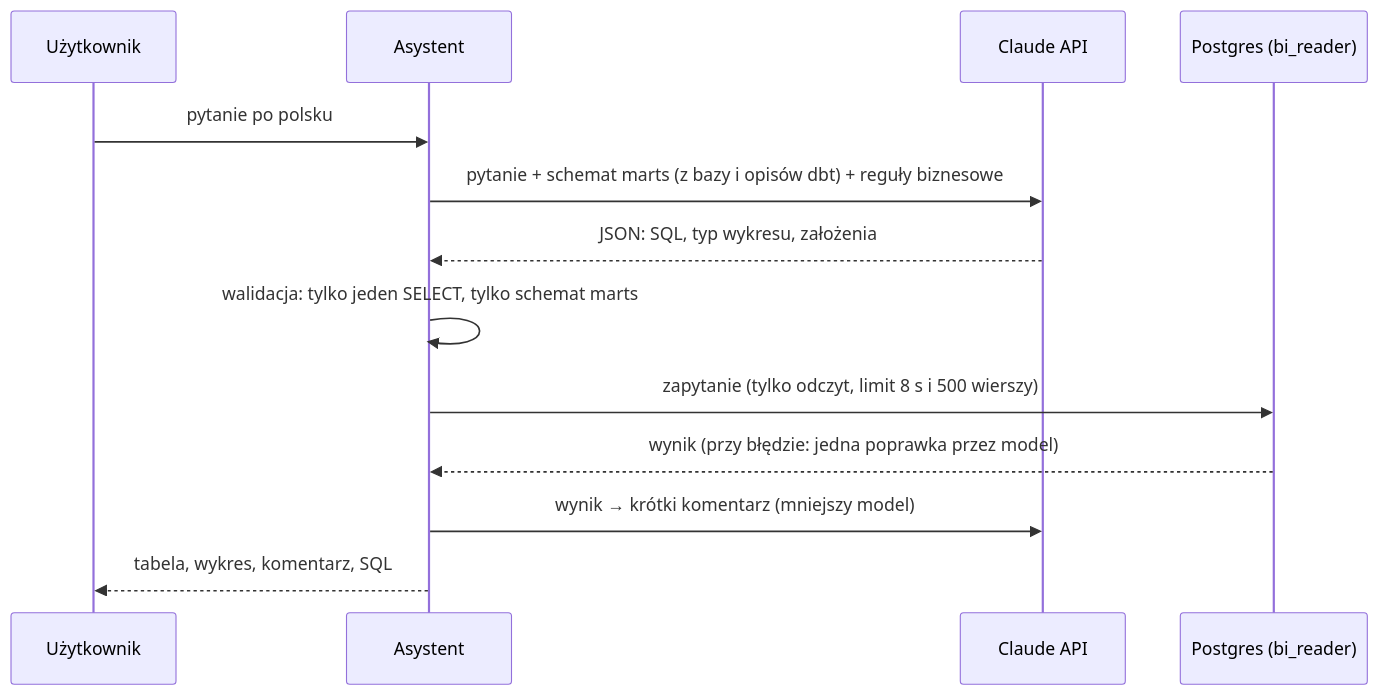
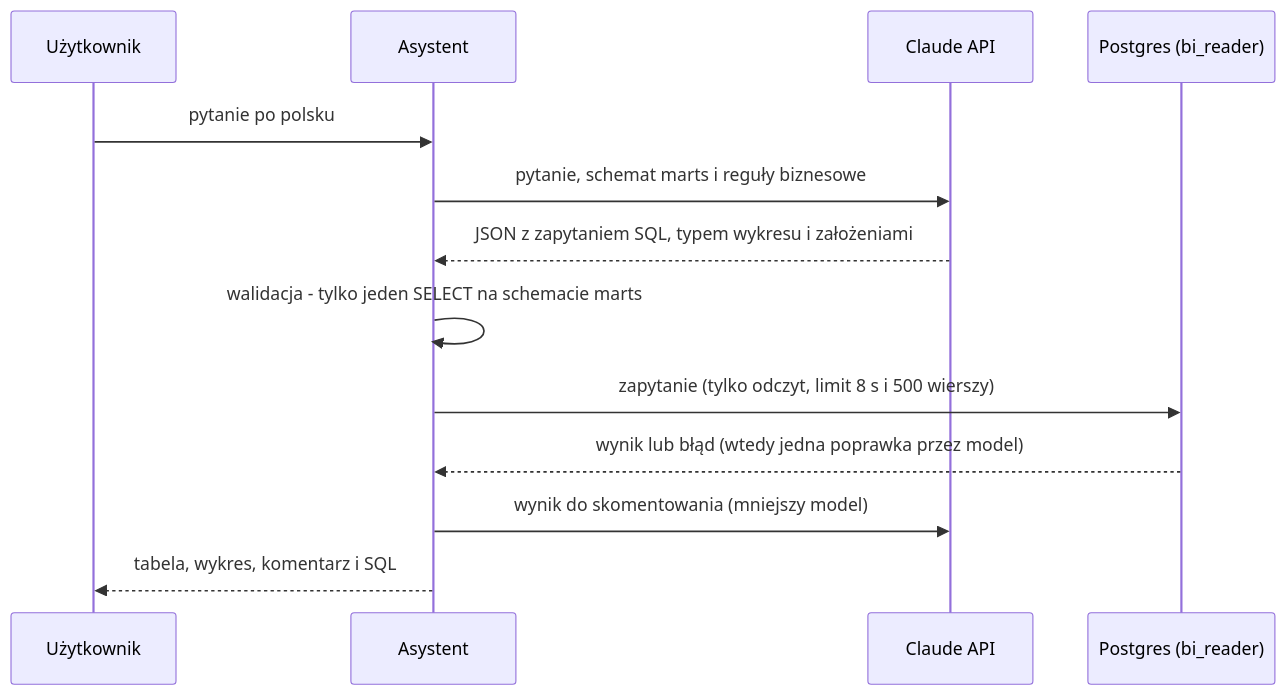
Before and after one commit to Lukas-Mic/ecommerce-analytics: the second of 2 diagrams in README.md, drawn with Mermaid. The commit also changed other lines of this file, not shown here.

First line of the commit message:
README: poprawiona składnia diagramów Mermaid, opis zgodny ze stanem projektu

````diff
--- a/README.md
+++ b/README.md
@@ -121,15 +120,15 @@
 ```mermaid
 sequenceDiagram
     participant U as Użytkownik
     participant A as Asystent
     participant C as Claude API
     participant D as Postgres (bi_reader)
     U->>A: pytanie po polsku
-    A->>C: pytanie + schemat marts (z bazy i opisów dbt) + reguły biznesowe
-    C-->>A: JSON: SQL, typ wykresu, założenia
-    A->>A: walidacja: tylko jeden SELECT, tylko schemat marts
+    A->>C: pytanie, schemat marts i reguły biznesowe
+    C-->>A: JSON z zapytaniem SQL, typem wykresu i założeniami
+    A->>A: walidacja - tylko jeden SELECT na schemacie marts
     A->>D: zapytanie (tylko odczyt, limit 8 s i 500 wierszy)
-    D-->>A: wynik (przy błędzie: jedna poprawka przez model)
-    A->>C: wynik → krótki komentarz (mniejszy model)
-    A-->>U: tabela, wykres, komentarz, SQL
+    D-->>A: wynik lub błąd (wtedy jedna poprawka przez model)
+    A->>C: wynik do skomentowania (mniejszy model)
+    A-->>U: tabela, wykres, komentarz i SQL
 ```
````
